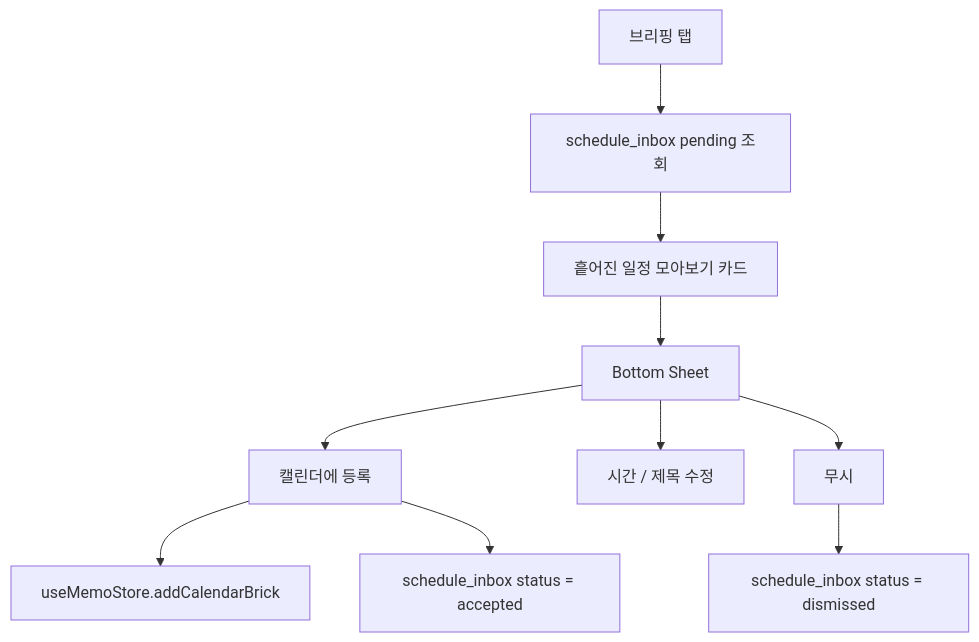
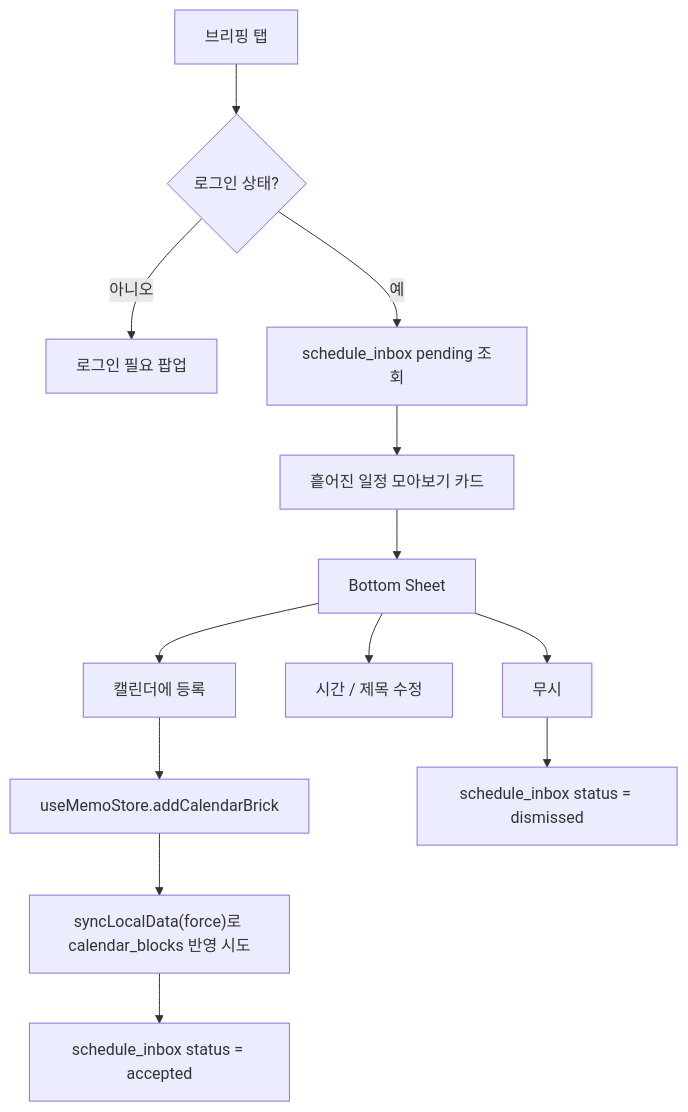
The fifth of 12 diagrams in docs/flow.md (SUNGHOONOH/Subnota), drawn with Mermaid before and after one commit. The commit also changed other lines of this file and 93 other files, not shown here.

````diff
--- a/docs/flow.md
+++ b/docs/flow.md
@@ -94,12 +107,15 @@
 ```mermaid
 flowchart TD
-  A["브리핑 탭"] --> B["schedule_inbox pending 조회"]
+  A["브리핑 탭"] --> L{"로그인 상태?"}
+  L -->|"아니오"| P["로그인 필요 팝업"]
+  L -->|"예"| B["schedule_inbox pending 조회"]
   B --> C["흩어진 일정 모아보기 카드"]
   C --> D["Bottom Sheet"]
   D --> E["캘린더에 등록"]
   D --> F["시간 / 제목 수정"]
   D --> G["무시"]
   E --> H["useMemoStore.addCalendarBrick"]
-  E --> I["schedule_inbox status = accepted"]
+  H --> S["syncLocalData(force)로 calendar_blocks 반영 시도"]
+  S --> I["schedule_inbox status = accepted"]
   G --> J["schedule_inbox status = dismissed"]
 ```
````
